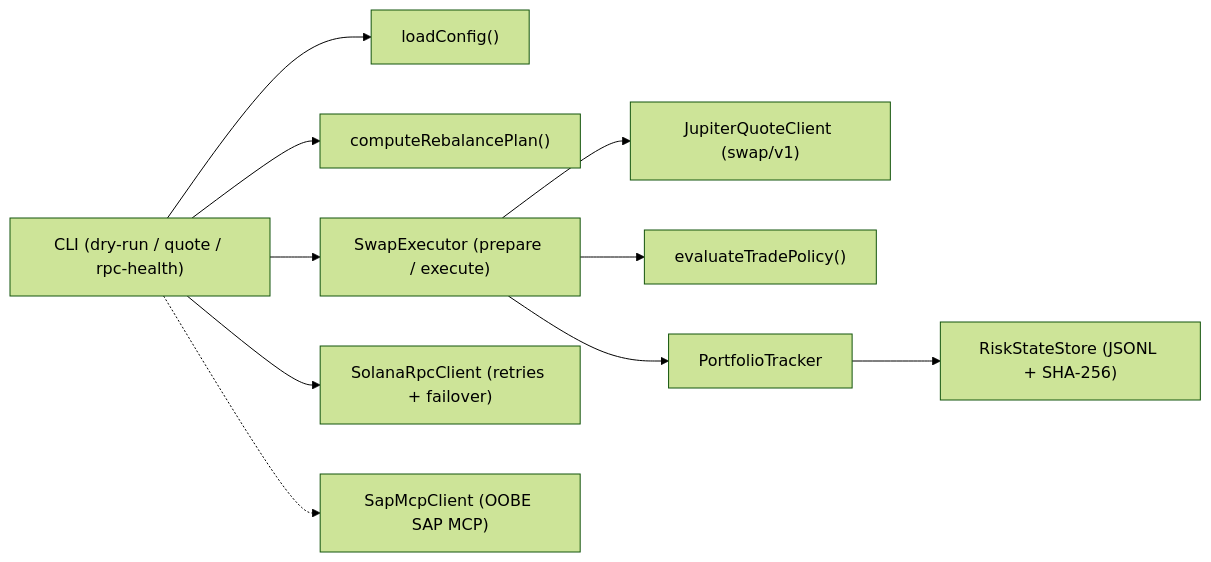
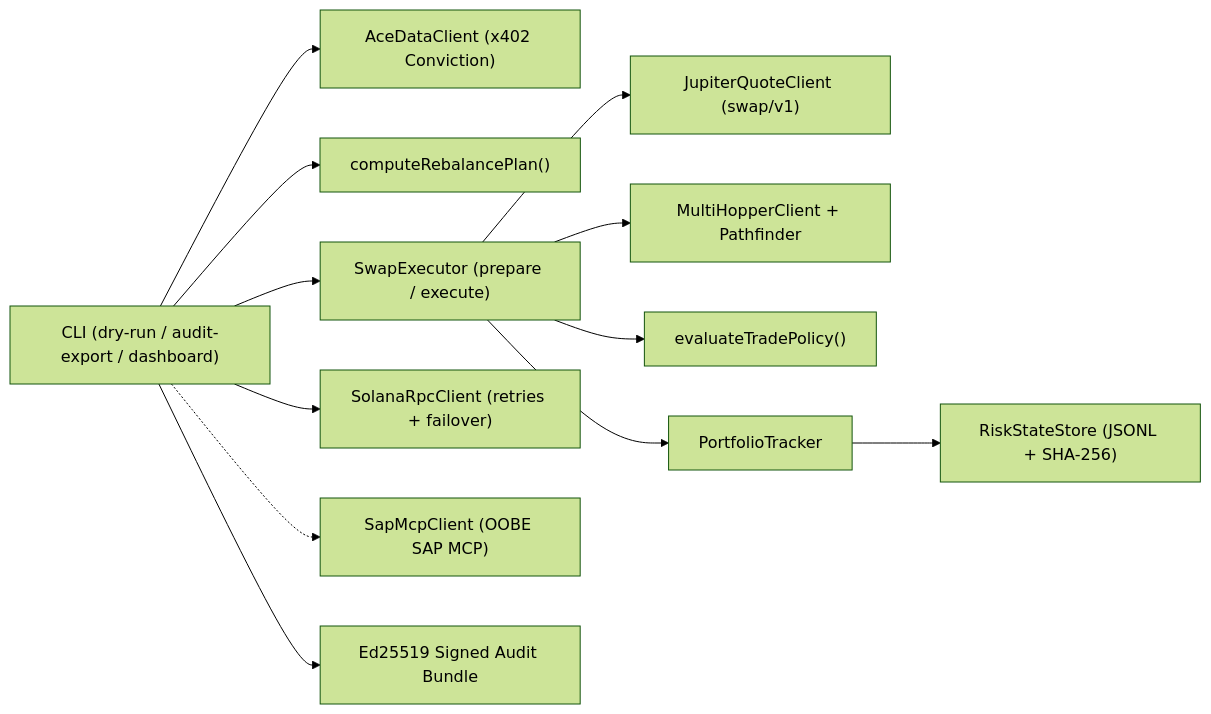
The diagram in README.md (vahidvl/oobe-autonomous-capital-agent), drawn with Mermaid (forest theme) before and after one commit. The commit also changed other lines of this file and 2 other files, not shown here.

Commit message:
docs: add 3-track architecture, Ace Data Cloud docs, and competitor-grade README polish

````diff
--- a/README.md
+++ b/README.md
@@ -7,12 +7,14 @@
 ```mermaid
 flowchart LR
-  CLI["CLI (dry-run / quote / rpc-health)"] --> CFG["loadConfig()"]
+  CLI["CLI (dry-run / audit-export / dashboard)"] --> ACE["AceDataClient (x402 Conviction)"]
   CLI --> CA["computeRebalancePlan()"]
   CLI --> EX["SwapExecutor (prepare / execute)"]
   EX --> JUP["JupiterQuoteClient (swap/v1)"]
+  EX --> MH["MultiHopperClient + Pathfinder"]
   EX --> PE["evaluateTradePolicy()"]
   EX --> PT["PortfolioTracker"]
   PT --> SS["RiskStateStore (JSONL + SHA-256)"]
   CLI --> RPC["SolanaRpcClient (retries + failover)"]
   CLI -.-> SAP["SapMcpClient (OOBE SAP MCP)"]
+  CLI --> AUD["Ed25519 Signed Audit Bundle"]
 ```
````
